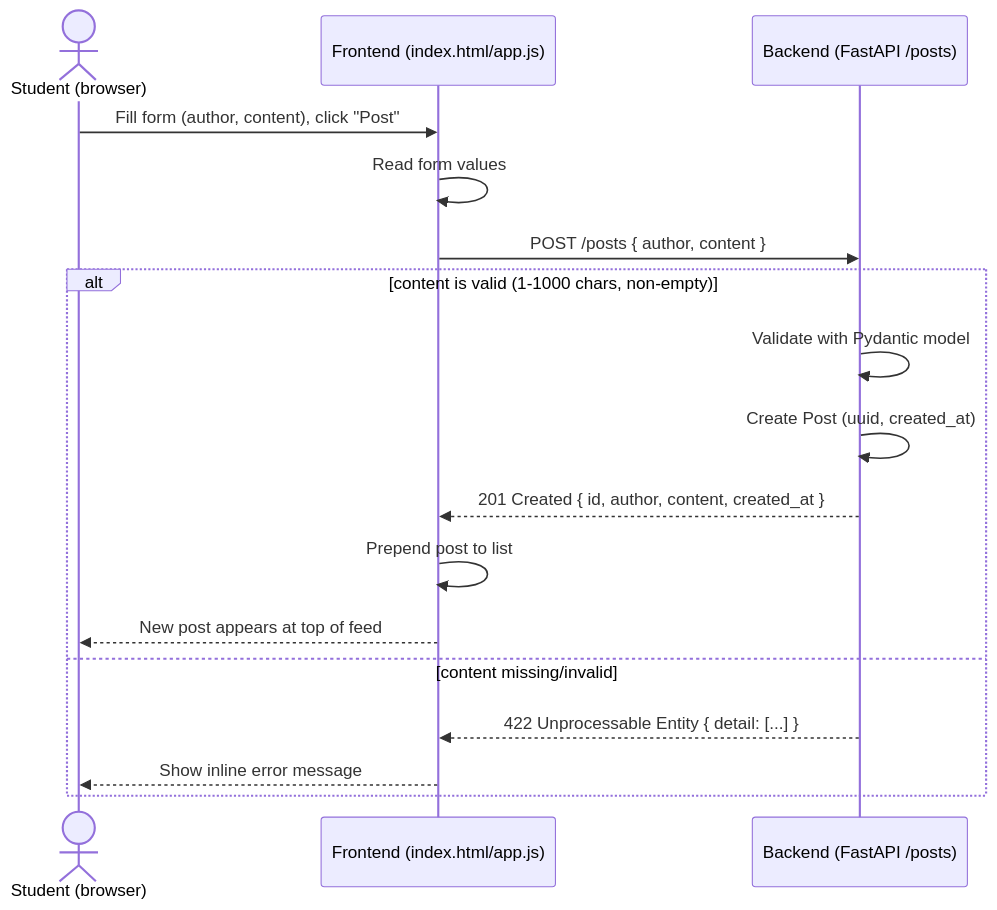
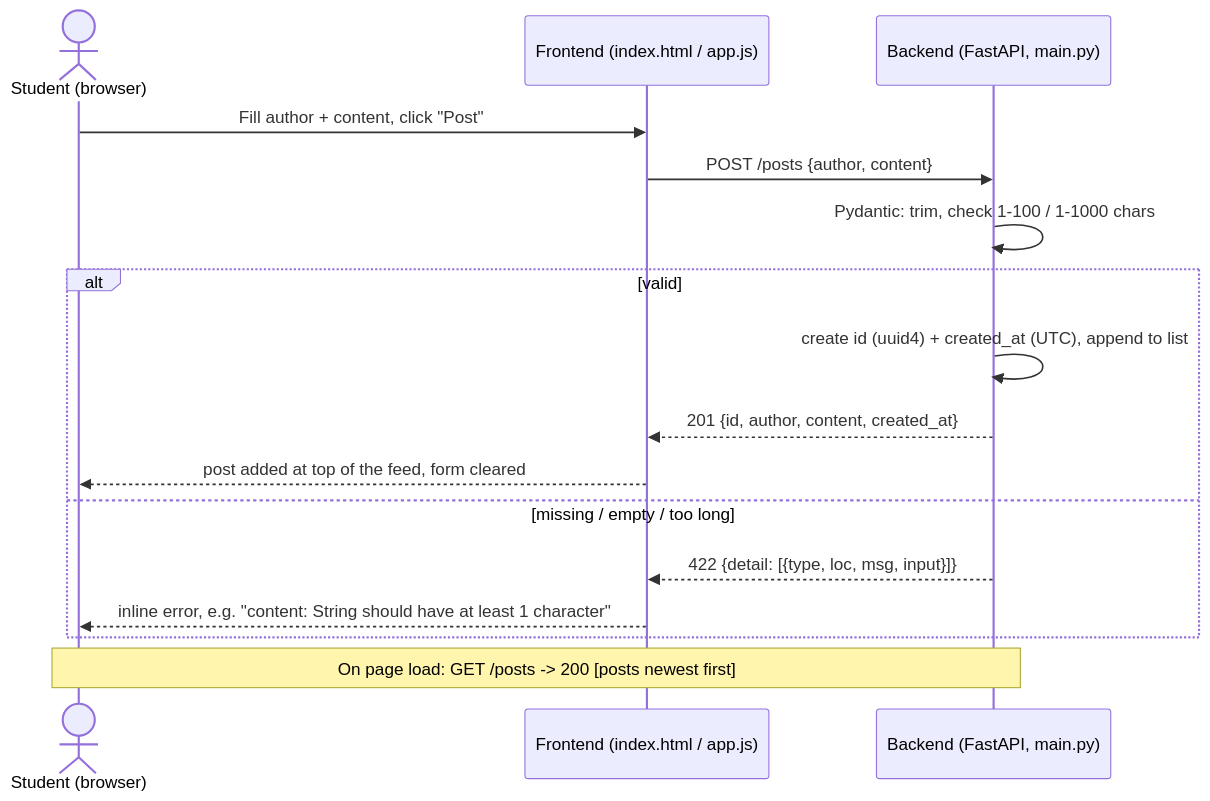
The diagram in docs/architecture/diagrams/sequence-create-post.md (omar07ibrahim/campus-social-network), drawn with Mermaid before and after one commit. The commit also changed other lines of this file and 9 other files, not shown here.

First line of the commit message:
Add 2.3 behaviour and collaborative sequence diagram, finish 2.2 and POC docs

````diff
--- a/docs/architecture/diagrams/sequence-create-post.md
+++ b/docs/architecture/diagrams/sequence-create-post.md
@@ -6,21 +6,20 @@
 ```mermaid
 sequenceDiagram
     actor U as Student (browser)
-    participant FE as Frontend (index.html/app.js)
-    participant API as Backend (FastAPI /posts)
+    participant FE as Frontend (index.html / app.js)
+    participant API as Backend (FastAPI, main.py)
 
-    U->>FE: Fill form (author, content), click "Post"
-    FE->>FE: Read form values
-    FE->>API: POST /posts { author, content }
+    U->>FE: Fill author + content, click "Post"
+    FE->>API: POST /posts {author, content}
+    API->>API: Pydantic: trim, check 1-100 / 1-1000 chars
+    alt valid
+        API->>API: create id (uuid4) + created_at (UTC), append to list
+        API-->>FE: 201 {id, author, content, created_at}
+        FE-->>U: post added at top of the feed, form cleared
+    else missing / empty / too long
+        API-->>FE: 422 {detail: [{type, loc, msg, input}]}
+        FE-->>U: inline error, e.g. "content: String should have at least 1 character"
+    end
 
-    alt content is valid (1-1000 chars, non-empty)
-        API->>API: Validate with Pydantic model
-        API->>API: Create Post (uuid, created_at)
-        API-->>FE: 201 Created { id, author, content, created_at }
-        FE->>FE: Prepend post to list
-        FE-->>U: New post appears at top of feed
-    else content missing/invalid
-        API-->>FE: 422 Unprocessable Entity { detail: [...] }
-        FE-->>U: Show inline error message
-    end
+    Note over U,API: On page load: GET /posts -> 200 [posts newest first]
 ```
````
